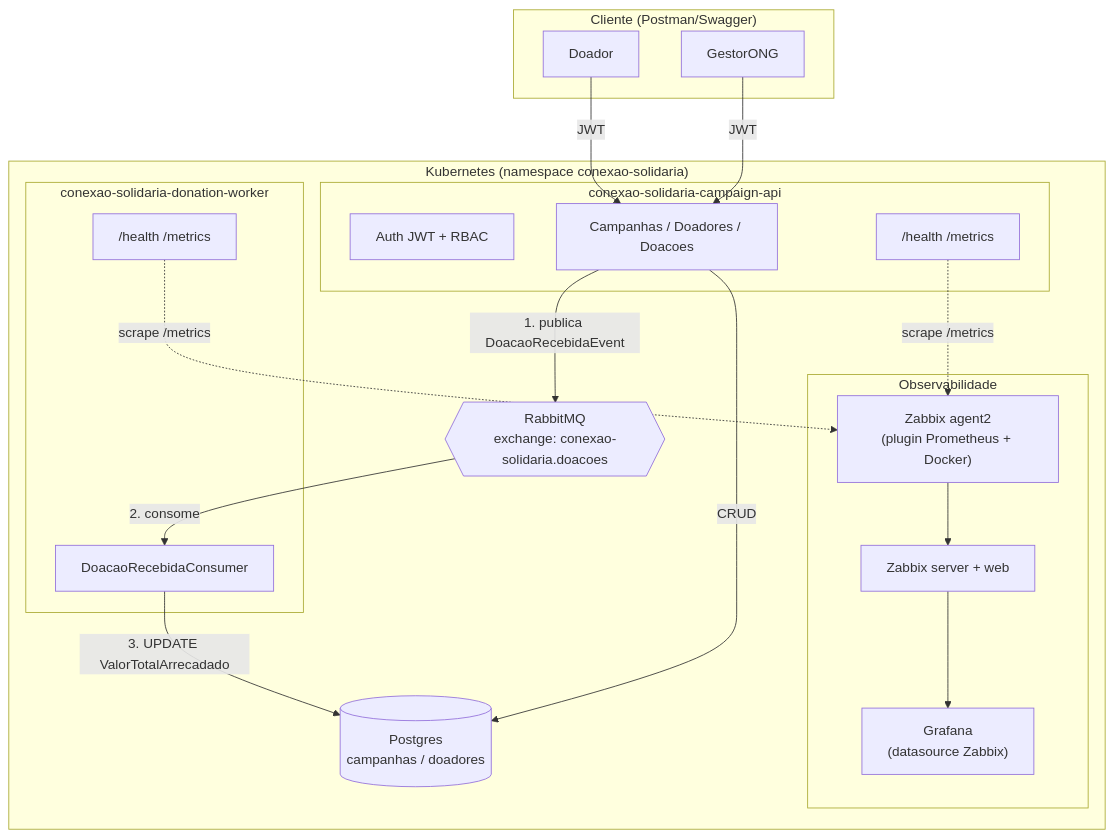
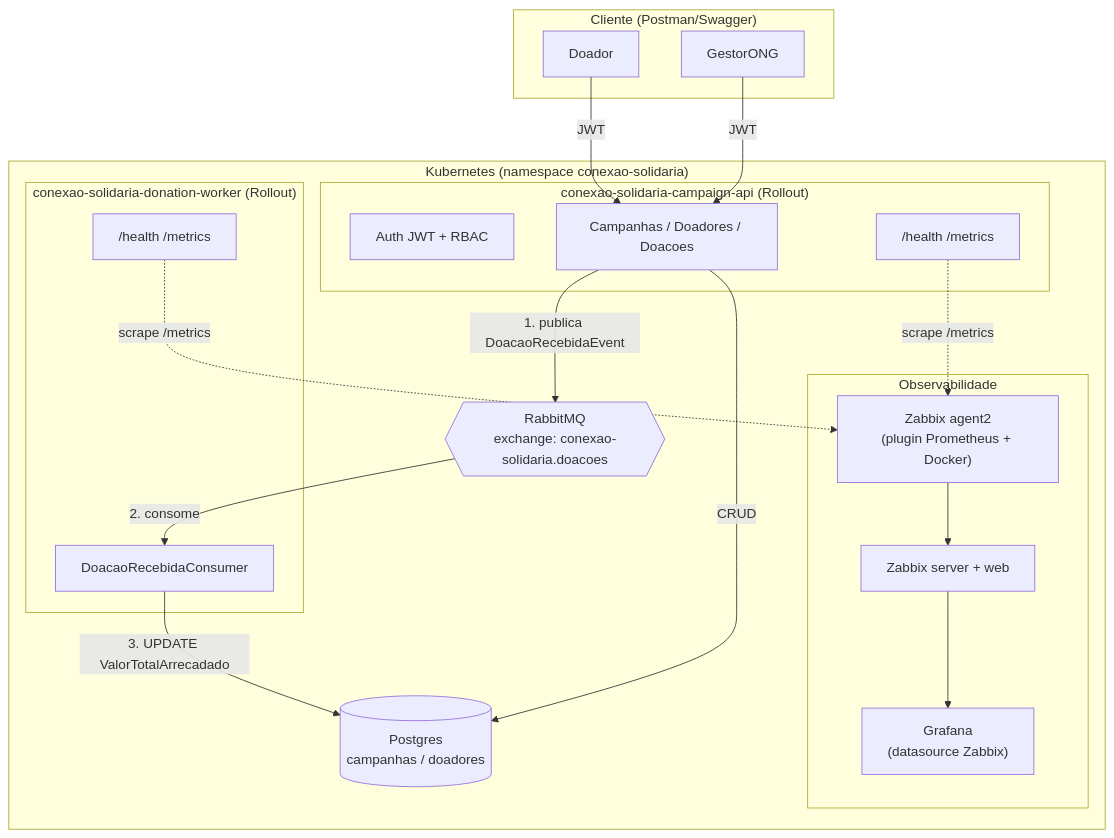
The first of 2 diagrams in architecture/diagrama.md (marcarinivinicius/conexao-solidaria-docs), drawn with Mermaid before and after one commit. The commit also changed other lines of this file, not shown here.

First line of the commit message:
docs: adiciona fluxo GitOps (ArgoCD + Argo Rollouts canary) ao diagrama de arquitetura

````diff
--- a/architecture/diagrama.md
+++ b/architecture/diagrama.md
@@ -3,41 +3,41 @@
 ```mermaid
 flowchart TB
     subgraph Cliente["Cliente (Postman/Swagger)"]
         Doador["Doador"]
         Gestor["GestorONG"]
     end
 
     subgraph K8s["Kubernetes (namespace conexao-solidaria)"]
-        subgraph API["conexao-solidaria-campaign-api"]
+        subgraph API["conexao-solidaria-campaign-api (Rollout)"]
             Auth["Auth JWT + RBAC"]
             CampCtrl["Campanhas / Doadores / Doacoes"]
             Metrics1["/health /metrics"]
         end
 
-        subgraph Worker["conexao-solidaria-donation-worker"]
+        subgraph Worker["conexao-solidaria-donation-worker (Rollout)"]
             Consumer["DoacaoRecebidaConsumer"]
             Metrics2["/health /metrics"]
         end
 
         Postgres[("Postgres\ncampanhas / doadores")]
         RabbitMQ{{"RabbitMQ\nexchange: conexao-solidaria.doacoes"}}
 
         subgraph Obs["Observabilidade"]
             ZabbixAgent["Zabbix agent2\n(plugin Prometheus + Docker)"]
             ZabbixServer["Zabbix server + web"]
             Grafana["Grafana\n(datasource Zabbix)"]
         end
     end
 
     Doador -->|"JWT"| CampCtrl
     Gestor -->|"JWT"| CampCtrl
     CampCtrl -->|"CRUD"| Postgres
     CampCtrl -->|"1. publica DoacaoRecebidaEvent"| RabbitMQ
     RabbitMQ -->|"2. consome"| Consumer
     Consumer -->|"3. UPDATE ValorTotalArrecadado"| Postgres
 
     Metrics1 -.->|"scrape /metrics"| ZabbixAgent
     Metrics2 -.->|"scrape /metrics"| ZabbixAgent
     ZabbixAgent --> ZabbixServer
     ZabbixServer --> Grafana
 ```
````
